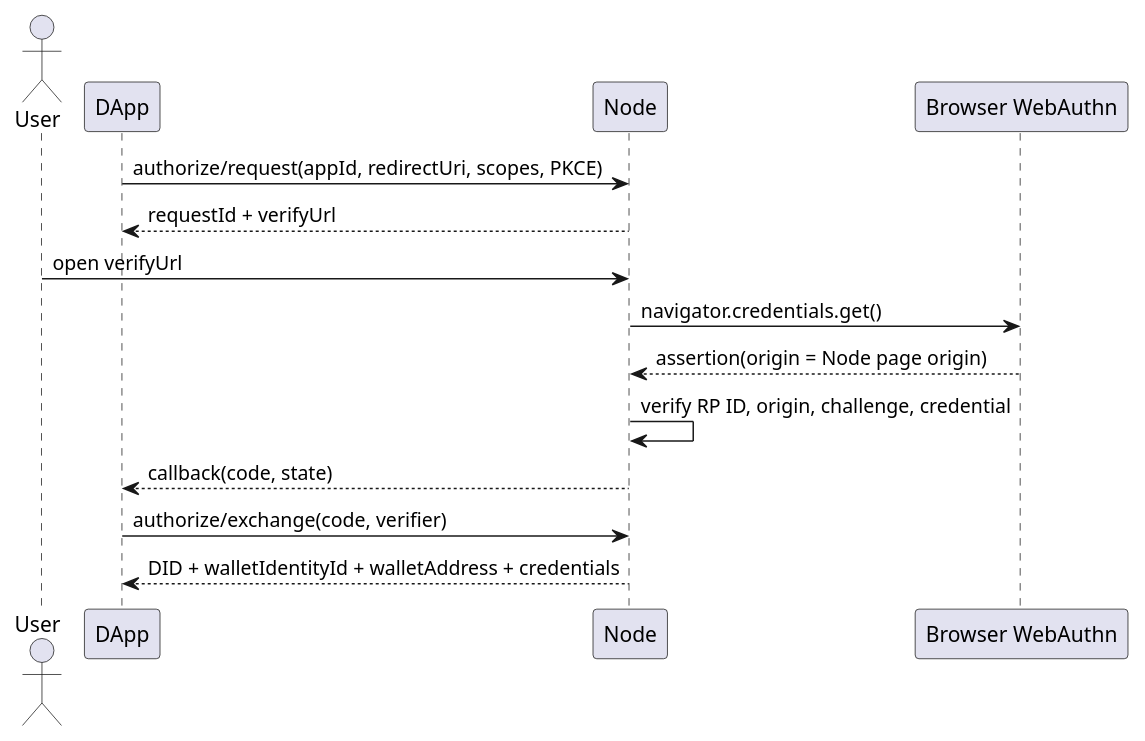
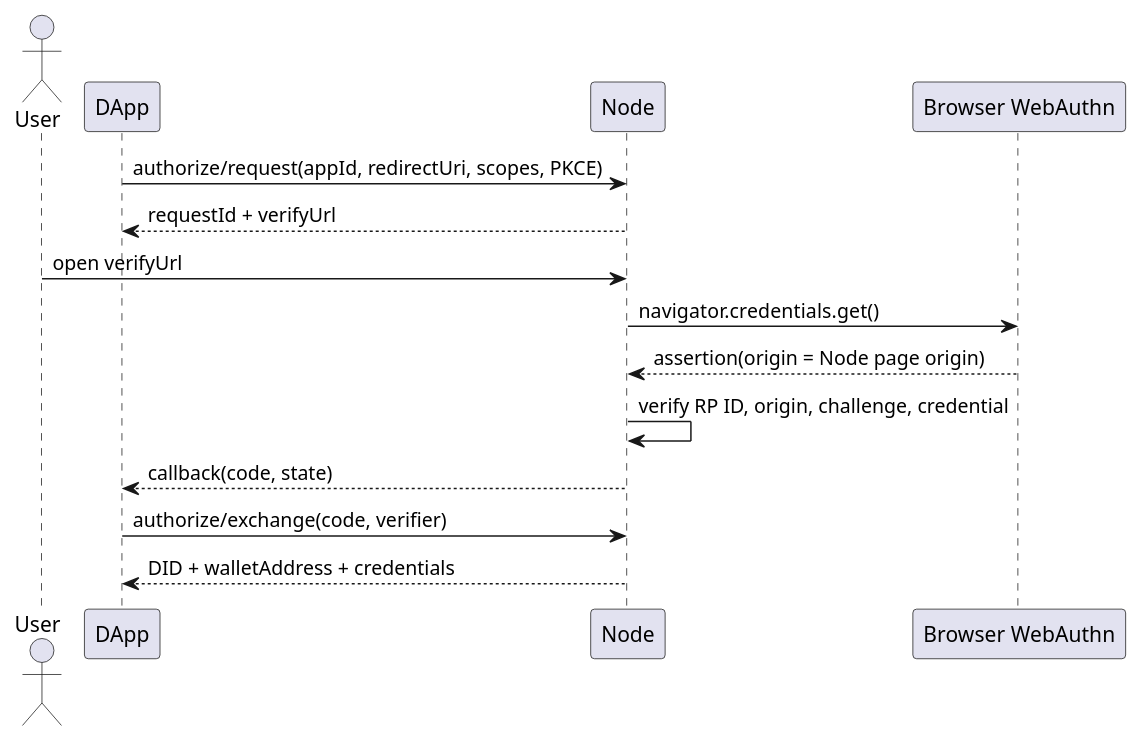
The third of 6 diagrams in docs/钱包身份方案.md (yeying-community/wallet), drawn with PlantUML before and after one commit. The commit also changed other lines of this file and 2 other files, not shown here.

Commit message:
docs: describe wallet identity by DID

````diff
--- a/docs/钱包身份方案.md
+++ b/docs/钱包身份方案.md
@@ -224,18 +222,18 @@
 ```plantuml
 @startuml wallet-free-login
 actor User
 participant DApp
 participant Node
 participant Browser as "Browser WebAuthn"
 
 DApp -> Node : authorize/request(appId, redirectUri, scopes, PKCE)
 Node --> DApp : requestId + verifyUrl
 User -> Node : open verifyUrl
 Node -> Browser : navigator.credentials.get()
 Browser --> Node : assertion(origin = Node page origin)
 Node -> Node : verify RP ID, origin, challenge, credential
 Node --> DApp : callback(code, state)
 DApp -> Node : authorize/exchange(code, verifier)
-Node --> DApp : DID + walletIdentityId + walletAddress + credentials
+Node --> DApp : DID + walletAddress + credentials
 @enduml
 ```
````
